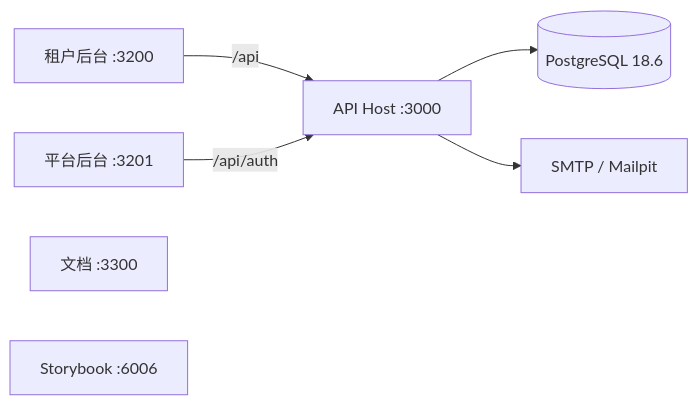
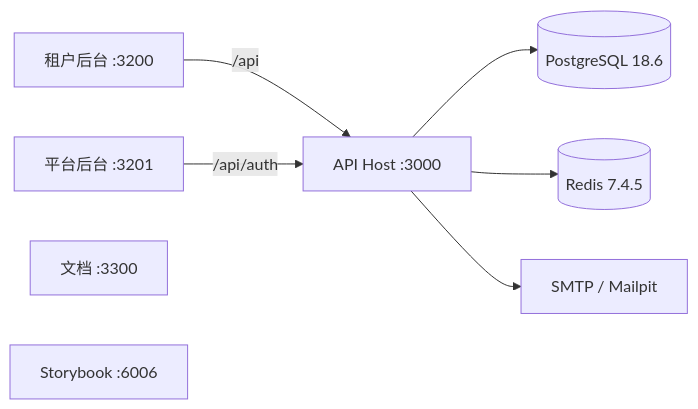
The diagram in README.md (huanancaoo/enterprise-admin), drawn with Mermaid before and after one commit. The commit also changed other lines of this file and 21 other files, not shown here.

````diff
--- a/README.md
+++ b/README.md
@@ -46,9 +46,10 @@
 ```mermaid
 flowchart LR
   Tenant["租户后台 :3200"] -->|/api| API["API Host :3000"]
   Platform["平台后台 :3201"] -->|/api/auth| API
   API --> PG[("PostgreSQL 18.6")]
+  API --> Redis[("Redis 7.4.5")]
   API --> Mail["SMTP / Mailpit"]
   Docs["文档 :3300"]
   Storybook["Storybook :6006"]
 ```
````
